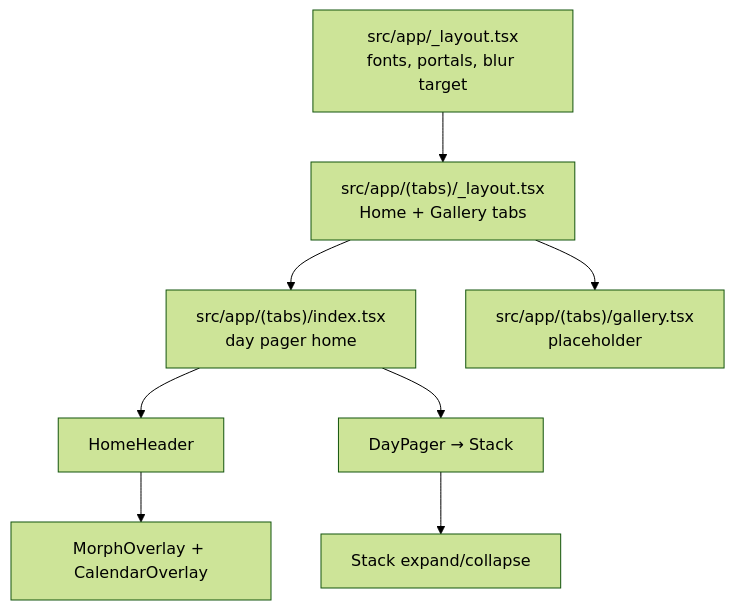
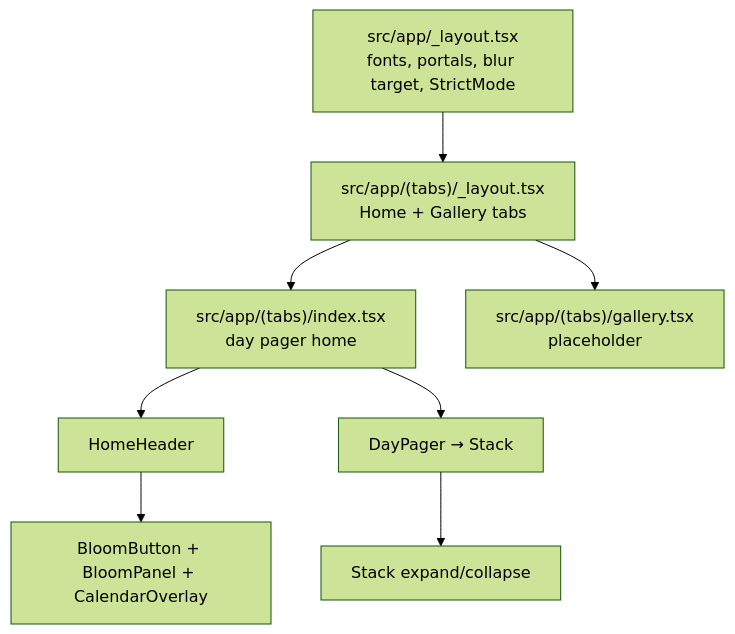
Before and after one commit to vxncetxn/soies: the diagram in docs/overview.md, drawn with Mermaid (forest theme). The commit also changed other lines of this file and 35 other files, not shown here.

Commit message:
Integrated React Compiler and Strict Mode

````diff
--- a/docs/overview.md
+++ b/docs/overview.md
@@ -29,14 +38,14 @@
 ```mermaid
 flowchart TD
-  Root["src/app/_layout.tsx<br/>fonts, portals, blur target"]
+  Root["src/app/_layout.tsx<br/>fonts, portals, blur target, StrictMode"]
   Tabs["src/app/(tabs)/_layout.tsx<br/>Home + Gallery tabs"]
   Home["src/app/(tabs)/index.tsx<br/>day pager home"]
   Gallery["src/app/(tabs)/gallery.tsx<br/>placeholder"]
   Root --> Tabs
   Tabs --> Home
   Tabs --> Gallery
   Home --> Header["HomeHeader"]
   Home --> Pager["DayPager → Stack"]
-  Header --> Calendar["MorphOverlay + CalendarOverlay"]
+  Header --> Calendar["BloomButton + BloomPanel + CalendarOverlay"]
   Pager --> Stack["Stack expand/collapse"]
 ```
````
